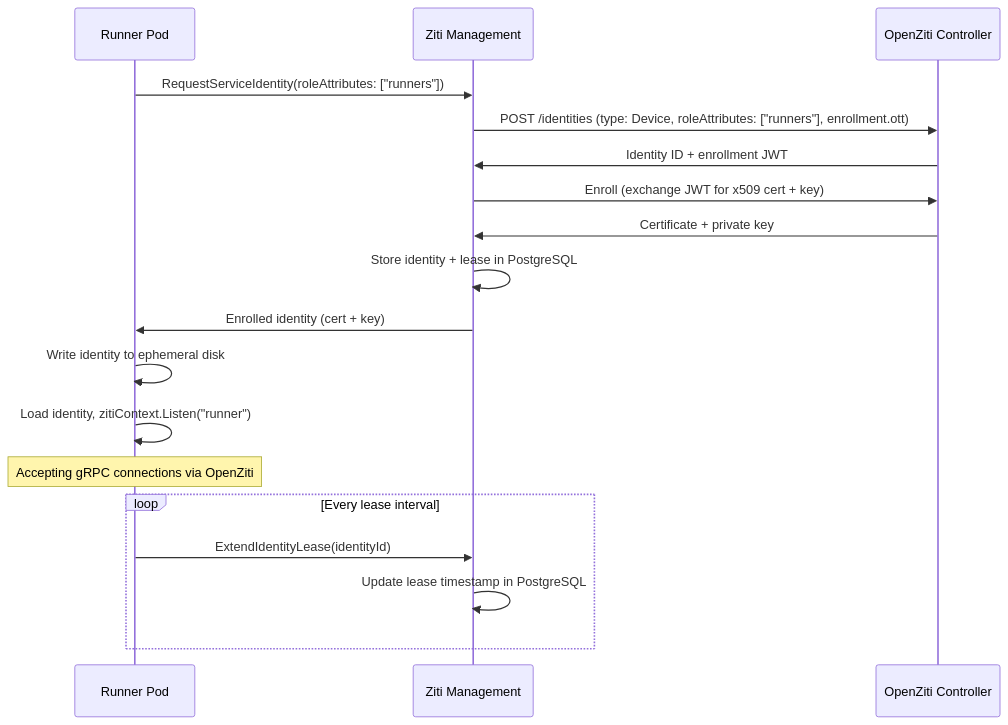
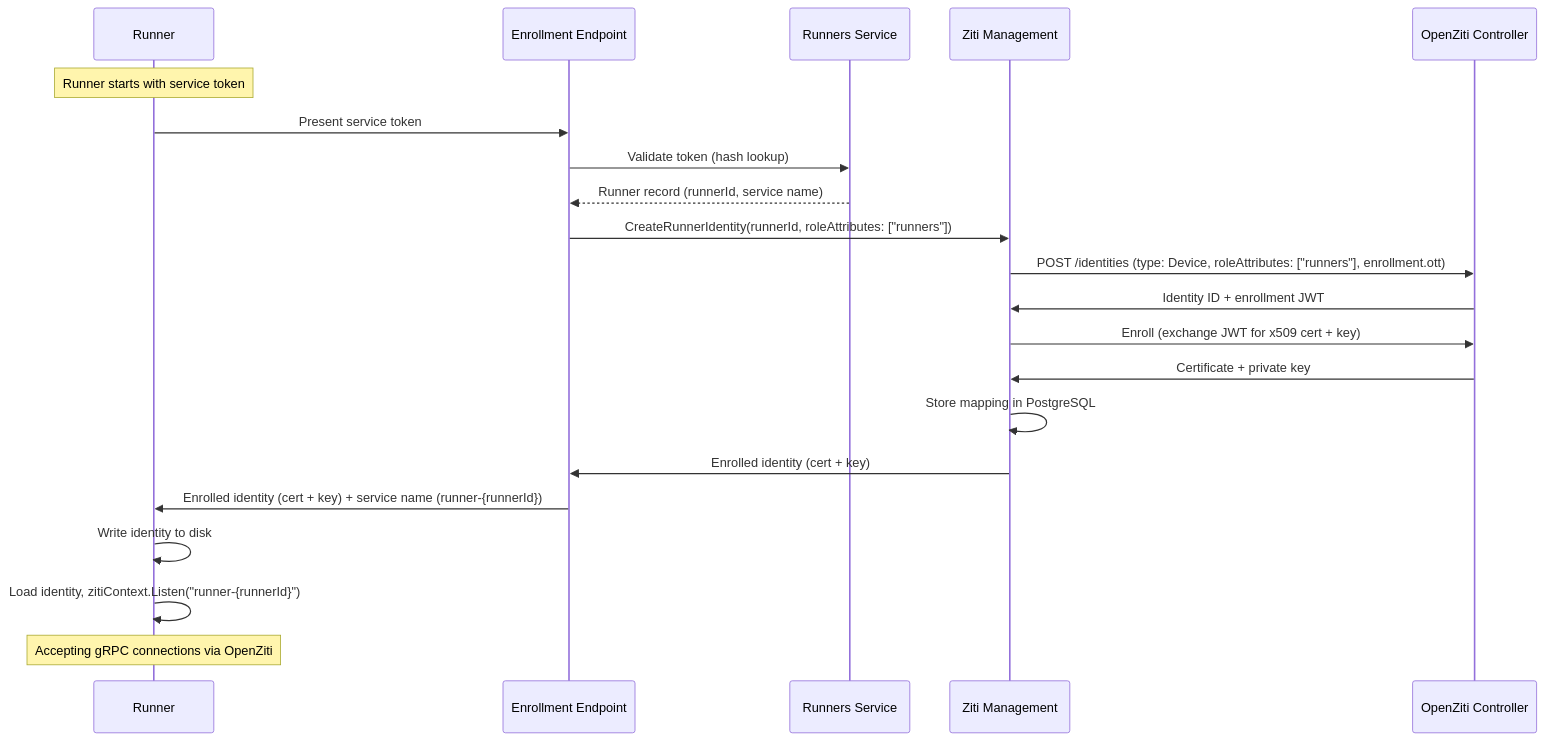
One commit to agynio/architecture changed the fourth of 5 diagrams in architecture/openziti.md. Above: the diagram before and after it, drawn with Mermaid. The commit also changed other lines of this file and 19 other files, not shown here.

First line of the commit message:
Remove channels, unify runner provisioning, add per-runner OpenZiti addressing

````diff
--- a/architecture/openziti.md
+++ b/architecture/openziti.md
@@ -326,22 +342,24 @@
 ```mermaid
 sequenceDiagram
-    participant R as Runner Pod
+    participant R as Runner
+    participant EP as Enrollment Endpoint
+    participant RS as Runners Service
     participant ZM as Ziti Management
     participant ZC as OpenZiti Controller
 
-    R->>ZM: RequestServiceIdentity(roleAttributes: ["runners"])
+    Note over R: Runner starts with service token
+    R->>EP: Present service token
+    EP->>RS: Validate token (hash lookup)
+    RS-->>EP: Runner record (runnerId, service name)
+    EP->>ZM: CreateRunnerIdentity(runnerId, roleAttributes: ["runners"])
     ZM->>ZC: POST /identities (type: Device, roleAttributes: ["runners"], enrollment.ott)
     ZC->>ZM: Identity ID + enrollment JWT
     ZM->>ZC: Enroll (exchange JWT for x509 cert + key)
     ZC->>ZM: Certificate + private key
-    ZM->>ZM: Store identity + lease in PostgreSQL
-    ZM->>R: Enrolled identity (cert + key)
-    R->>R: Write identity to ephemeral disk
-    R->>R: Load identity, zitiContext.Listen("runner")
+    ZM->>ZM: Store mapping in PostgreSQL
+    ZM->>EP: Enrolled identity (cert + key)
+    EP->>R: Enrolled identity (cert + key) + service name (runner-{runnerId})
+    R->>R: Write identity to disk
+    R->>R: Load identity, zitiContext.Listen("runner-{runnerId}")
     Note over R: Accepting gRPC connections via OpenZiti
-
-    loop Every lease interval
-        R->>ZM: ExtendIdentityLease(identityId)
-        ZM->>ZM: Update lease timestamp in PostgreSQL
-    end
 ```
````
